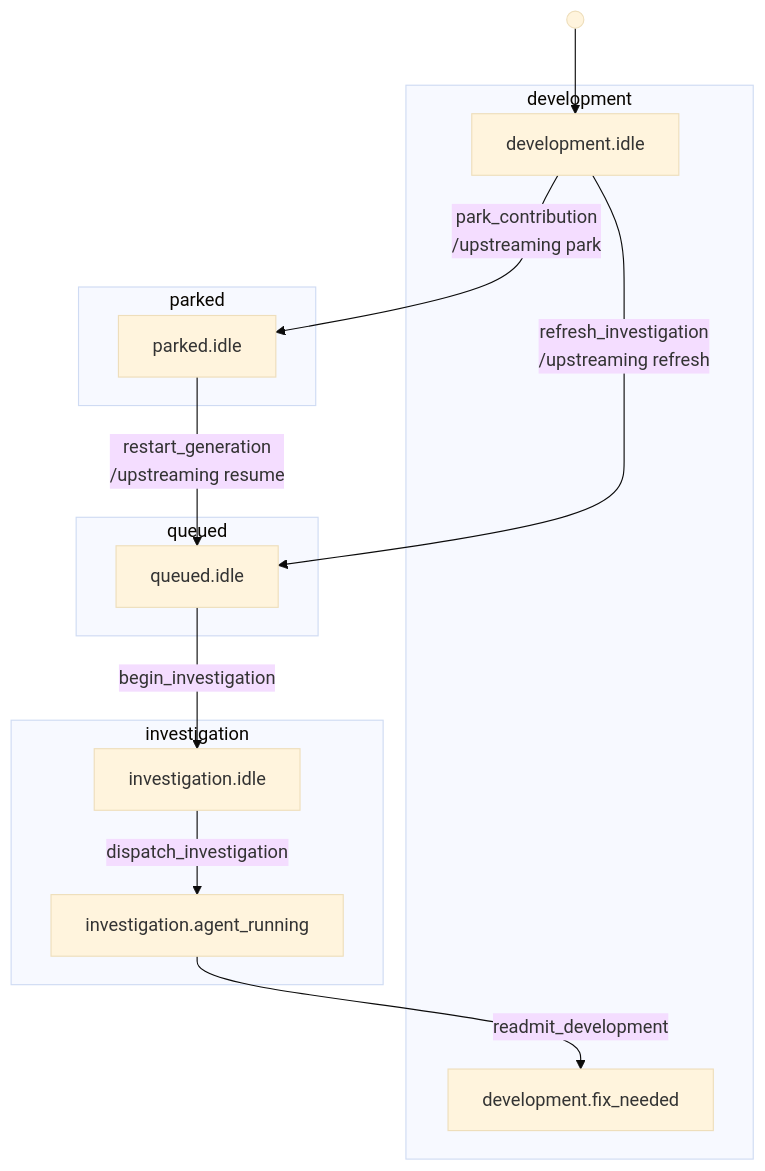
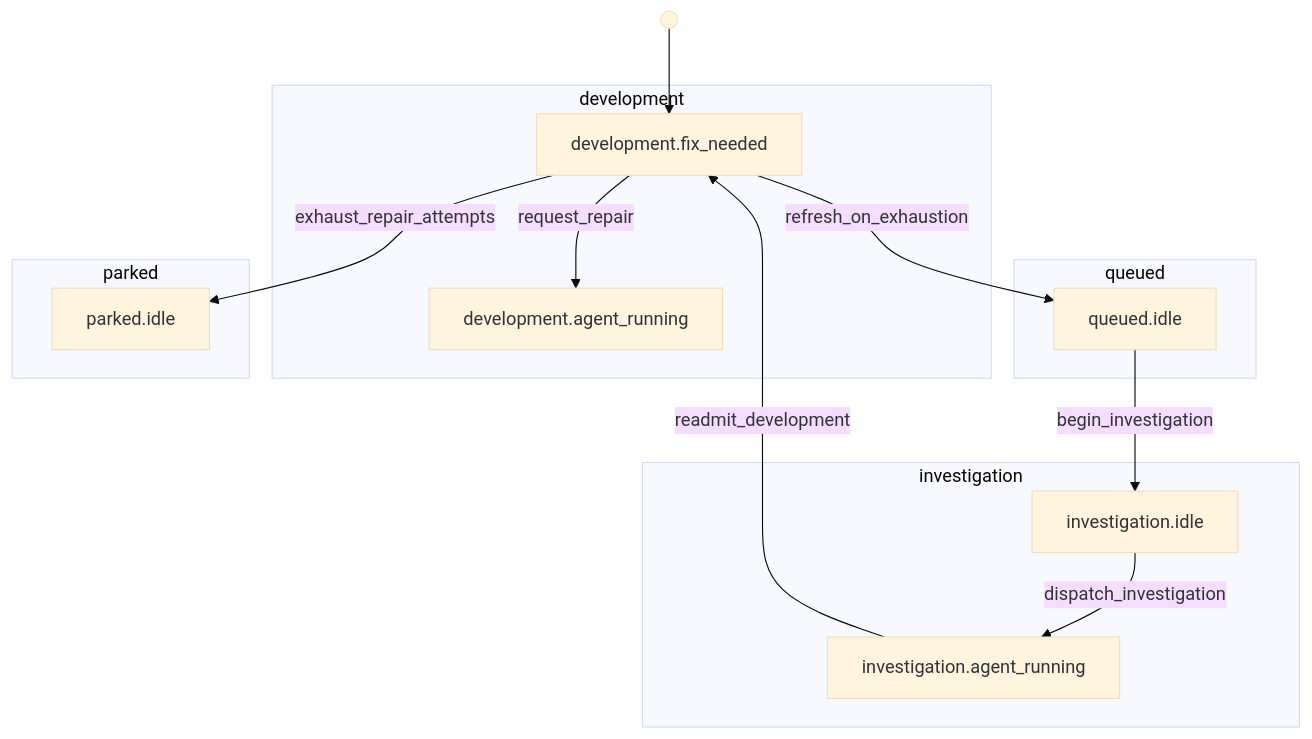
Before and after one commit to riseproject-dev/porting-agent: the tenth of 30 diagrams in docs/state-machine/index.md, drawn with Mermaid (base theme). The commit also changed other lines of this file and 9 other files, not shown here.

````diff
--- a/docs/state-machine/index.md
+++ b/docs/state-machine/index.md
@@ -422,25 +355,25 @@
 ```mermaid
 flowchart TB
     subgraph development["development"]
-        development_idle["development.idle"]
         development_fix_needed["development.fix_needed"]
+        development_agent_running["development.agent_running"]
     end
     subgraph queued["queued"]
         queued_idle["queued.idle"]
     end
     subgraph investigation["investigation"]
         investigation_idle["investigation.idle"]
         investigation_agent_running["investigation.agent_running"]
     end
     subgraph parked["parked"]
         parked_idle["parked.idle"]
     end
 
-    start_1(( )) --> development_idle
-    development_idle -->|refresh_investigation<br/>/upstreaming refresh| queued_idle
+    start_1(( )) --> development_fix_needed
+    development_fix_needed -->|request_repair| development_agent_running
+    development_fix_needed -->|refresh_on_exhaustion| queued_idle
     queued_idle -->|begin_investigation| investigation_idle
     investigation_idle -->|dispatch_investigation| investigation_agent_running
     investigation_agent_running -->|readmit_development| development_fix_needed
-    development_idle -->|park_contribution<br/>/upstreaming park| parked_idle
-    parked_idle -->|restart_generation<br/>/upstreaming resume| queued_idle
+    development_fix_needed -->|exhaust_repair_attempts| parked_idle
 ```
````
